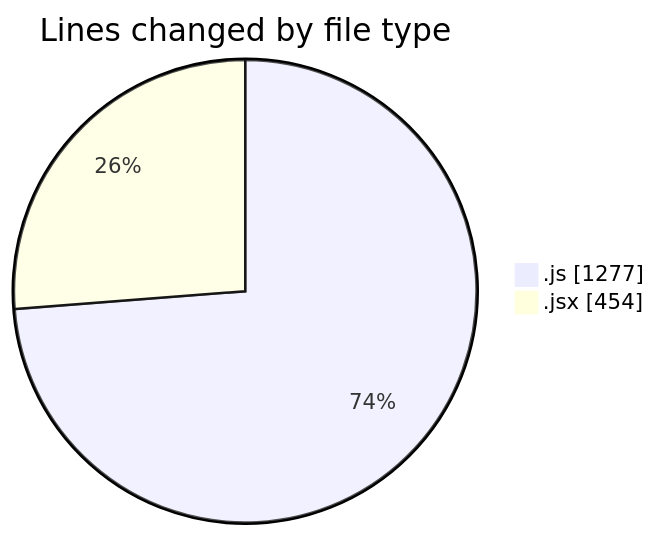
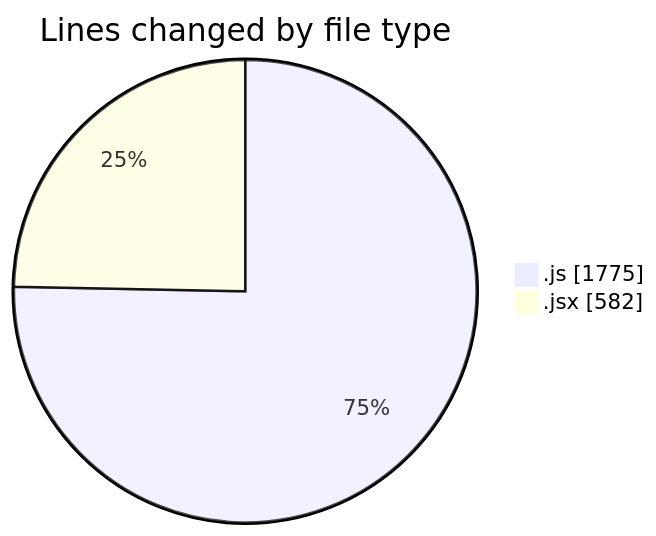
One commit to nxtqubesakshisongat/code-tracking changed the first of 2 diagrams in 2025-11-03/nxtqube_webapp/README.md. Above: the diagram before and after it, drawn with Mermaid. The commit also changed other lines of this file and 1 other file, not shown here.

````diff
--- a/2025-11-03/nxtqube_webapp/README.md
+++ b/2025-11-03/nxtqube_webapp/README.md
@@ -28,6 +28,6 @@
 ```mermaid
 pie showData
 title Lines changed by file type
-".js" : 1277
-".jsx" : 454
+".js" : 1775
+".jsx" : 582
 ```
````
